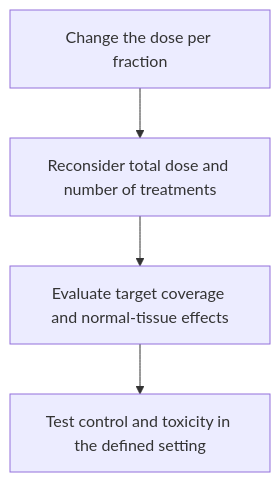
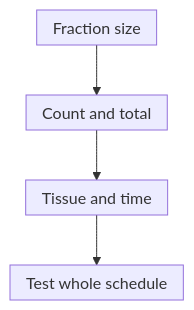
One commit to jasonLaster/oncoguide changed the diagram in wiki/education/concepts/therapeutics/local-therapies/hypofractionation.md. Above: the diagram before and after it, drawn with Mermaid. The commit also changed other lines of this file and 30 other files, not shown here.

````diff
--- a/wiki/education/concepts/therapeutics/local-therapies/hypofractionation.md
+++ b/wiki/education/concepts/therapeutics/local-therapies/hypofractionation.md
@@ -36,6 +36,7 @@
 ```mermaid
+%%{init: {"htmlLabels":false,"flowchart":{"htmlLabels":false,"padding":8,"nodeSpacing":25}}}%%
 flowchart TD
-  A["Change the dose per fraction"] --> B["Reconsider total dose and number of treatments"]
-  B --> C["Evaluate target coverage and normal-tissue effects"]
-  C --> D["Test control and toxicity in the defined setting"]
+  A["Fraction size"] --> B["Count and total"]
+  B --> C["Tissue and time"]
+  C --> D["Test whole schedule"]
 ```
````
